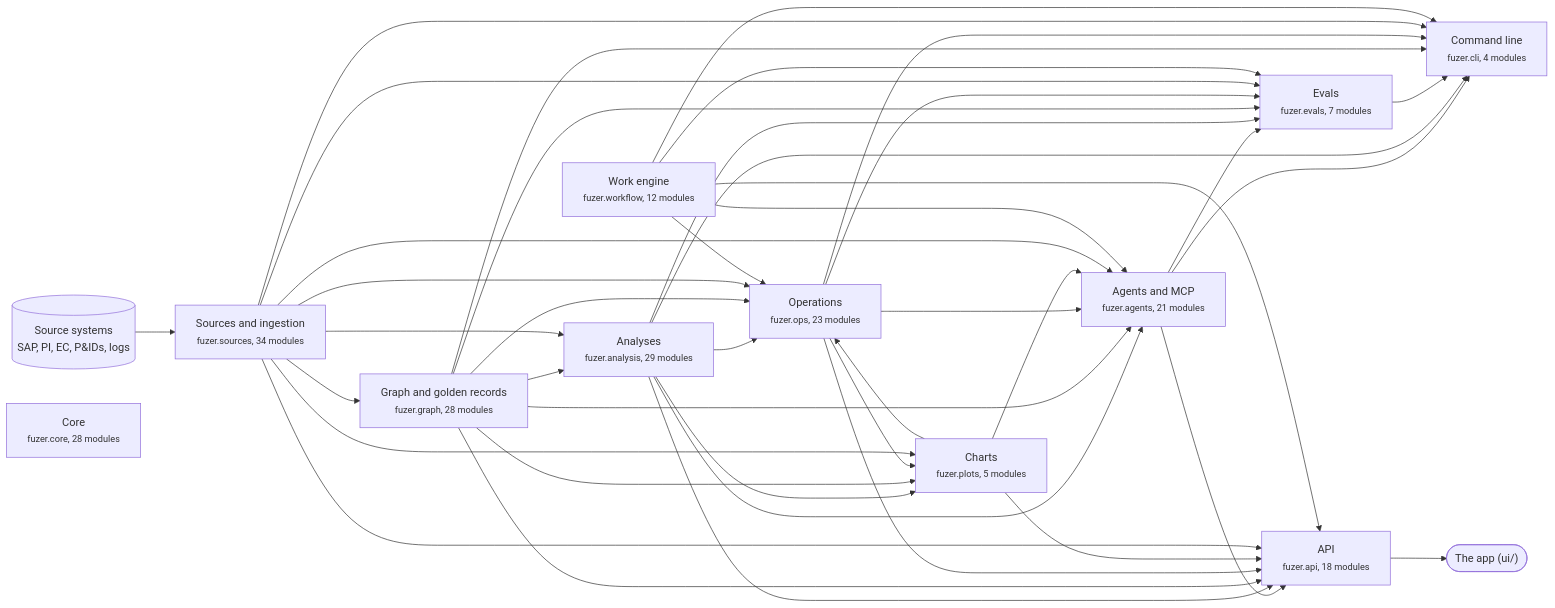
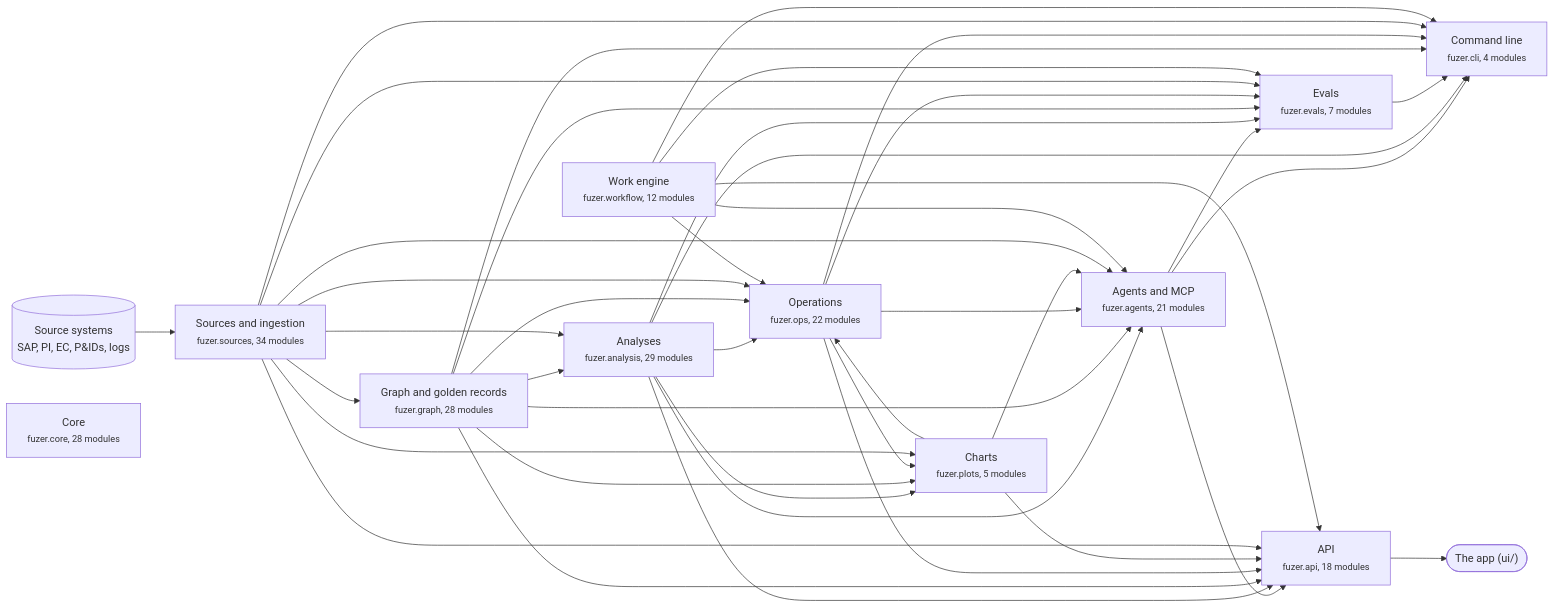
The first of 3 diagrams in docs/architecture.md (areed145/fuzer), drawn with Mermaid before and after one commit. The commit also changed other lines of this file, not shown here.

First line of the commit message:
Regenerate the architecture reference after merging main

````diff
--- a/docs/architecture.md
+++ b/docs/architecture.md
@@ -8,66 +8,66 @@
 ```mermaid
 flowchart LR
   systems[("Source systems<br>SAP, PI, EC, P&IDs, logs")] --> c_sources
   app(["The app (ui/)"])
   c_api --> app
   c_sources["Sources and ingestion<br><small>fuzer.sources, 34 modules</small>"]
   c_graph["Graph and golden records<br><small>fuzer.graph, 28 modules</small>"]
   c_analysis["Analyses<br><small>fuzer.analysis, 29 modules</small>"]
-  c_ops["Operations<br><small>fuzer.ops, 23 modules</small>"]
+  c_ops["Operations<br><small>fuzer.ops, 22 modules</small>"]
   c_plots["Charts<br><small>fuzer.plots, 5 modules</small>"]
   c_workflow["Work engine<br><small>fuzer.workflow, 12 modules</small>"]
   c_agents["Agents and MCP<br><small>fuzer.agents, 21 modules</small>"]
   c_evals["Evals<br><small>fuzer.evals, 7 modules</small>"]
   c_api["API<br><small>fuzer.api, 18 modules</small>"]
   c_cli["Command line<br><small>fuzer.cli, 4 modules</small>"]
   c_core["Core<br><small>fuzer.core, 28 modules</small>"]
   c_sources --> c_graph
   c_graph --> c_analysis
   c_sources --> c_analysis
   c_analysis --> c_ops
   c_graph --> c_ops
   c_plots --> c_ops
   c_sources --> c_ops
   c_workflow --> c_ops
   c_analysis --> c_plots
   c_graph --> c_plots
   c_ops --> c_plots
   c_sources --> c_plots
   c_analysis --> c_agents
   c_graph --> c_agents
   c_ops --> c_agents
   c_plots --> c_agents
   c_sources --> c_agents
   c_workflow --> c_agents
   c_agents --> c_evals
   c_analysis --> c_evals
   c_graph --> c_evals
   c_ops --> c_evals
   c_sources --> c_evals
   c_workflow --> c_evals
   c_agents --> c_api
   c_analysis --> c_api
   c_graph --> c_api
   c_ops --> c_api
   c_plots --> c_api
   c_sources --> c_api
   c_workflow --> c_api
   c_agents --> c_cli
   c_analysis --> c_cli
   c_evals --> c_cli
   c_graph --> c_cli
   c_ops --> c_cli
   c_sources --> c_cli
   c_workflow --> c_cli
   click c_sources "https://github.com/areed145/fuzer/tree/main/src/fuzer/sources"
   click c_graph "https://github.com/areed145/fuzer/tree/main/src/fuzer/graph"
   click c_analysis "https://github.com/areed145/fuzer/tree/main/src/fuzer/analysis"
   click c_ops "https://github.com/areed145/fuzer/tree/main/src/fuzer/ops"
   click c_plots "https://github.com/areed145/fuzer/tree/main/src/fuzer/plots"
   click c_workflow "https://github.com/areed145/fuzer/tree/main/src/fuzer/workflow"
   click c_agents "https://github.com/areed145/fuzer/tree/main/src/fuzer/agents"
   click c_evals "https://github.com/areed145/fuzer/tree/main/src/fuzer/evals"
   click c_api "https://github.com/areed145/fuzer/tree/main/src/fuzer/api"
   click c_cli "https://github.com/areed145/fuzer/tree/main/src/fuzer/cli"
   click c_core "https://github.com/areed145/fuzer/tree/main/src/fuzer/core"
 ```
````
